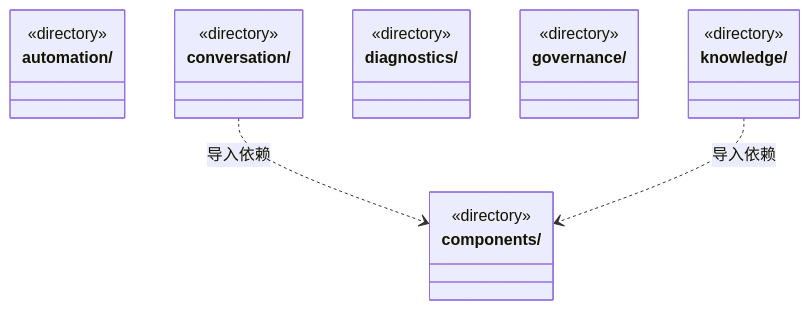
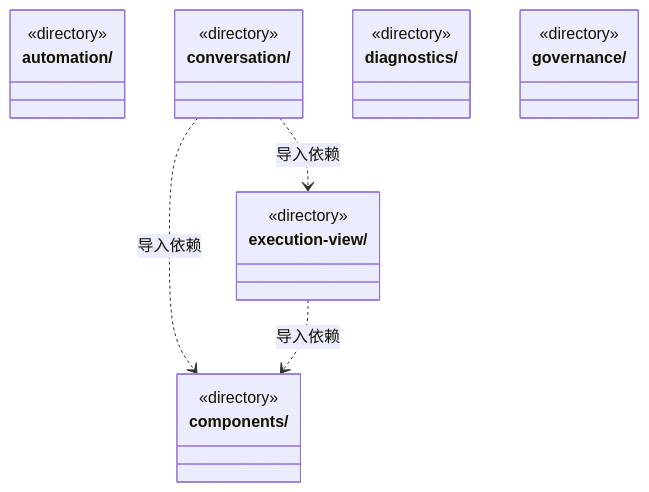
Before and after one commit to nan023062/cbim: the first of 3 diagrams in src/frontend/ARCHITECTURE.md, drawn with Mermaid. The commit also changed other lines of this file and 61 other files, not shown here.

````diff
--- a/src/frontend/ARCHITECTURE.md
+++ b/src/frontend/ARCHITECTURE.md
@@ -17,23 +17,24 @@
 ```mermaid
 classDiagram
 class N_src_frontend_automation["automation/"] {
   <<directory>>
 }
 class N_src_frontend_components["components/"] {
   <<directory>>
 }
 class N_src_frontend_conversation["conversation/"] {
   <<directory>>
 }
 class N_src_frontend_diagnostics["diagnostics/"] {
   <<directory>>
 }
+class N_src_frontend_execution_view["execution-view/"] {
+  <<directory>>
+}
 class N_src_frontend_governance["governance/"] {
   <<directory>>
 }
-class N_src_frontend_knowledge["knowledge/"] {
-  <<directory>>
-}
 N_src_frontend_conversation ..> N_src_frontend_components : 导入依赖
-N_src_frontend_knowledge ..> N_src_frontend_components : 导入依赖
+N_src_frontend_conversation ..> N_src_frontend_execution_view : 导入依赖
+N_src_frontend_execution_view ..> N_src_frontend_components : 导入依赖
 ```
````
